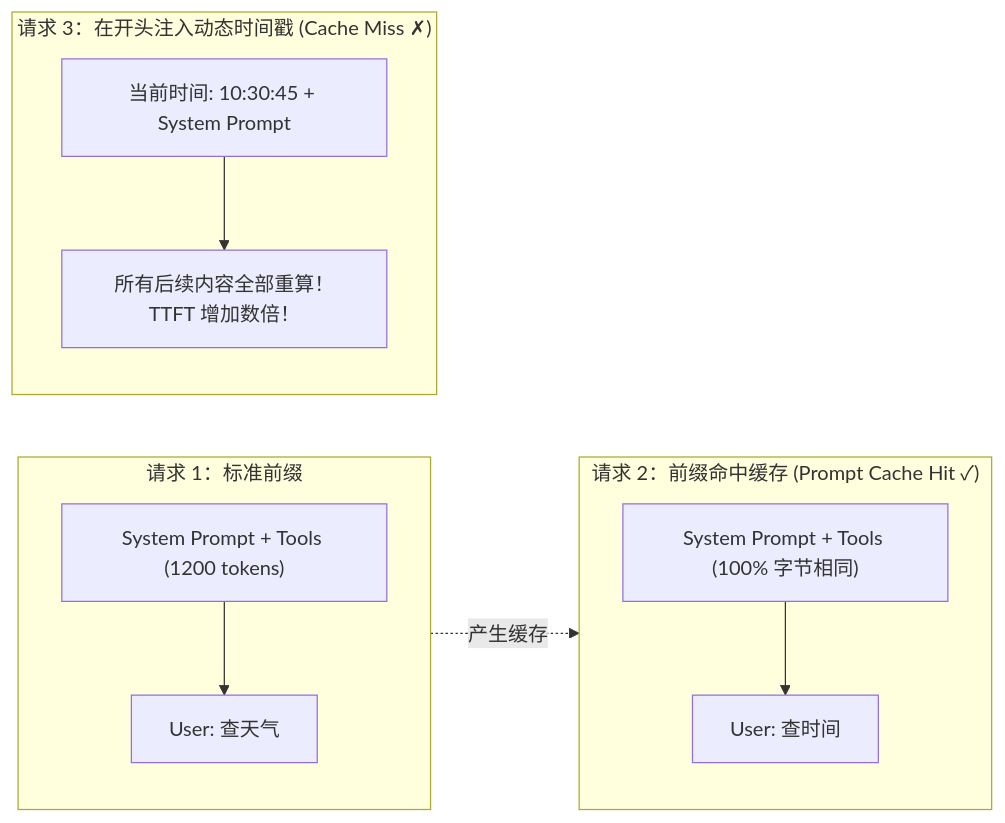
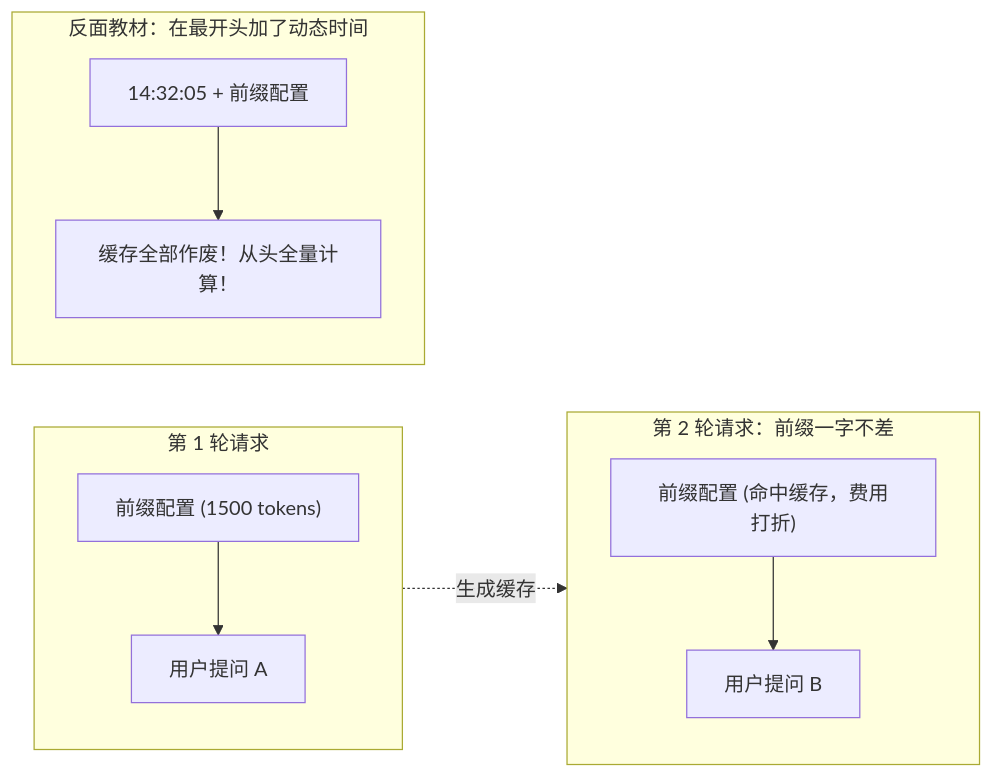
Before and after one commit to ljh12138164/ai-agent-study: the diagram in app/ch02-context/02-kv-cache-optimization/page.mdx, drawn with Mermaid. The commit also changed other lines of this file and 43 other files, not shown here.

````diff
--- a/app/ch02-context/02-kv-cache-optimization/page.mdx
+++ b/app/ch02-context/02-kv-cache-optimization/page.mdx
@@ -50,16 +16,16 @@
 ```mermaid
-graph LR
-    subgraph Request1["请求 1：标准前缀"]
-        SP1["System Prompt + Tools (1200 tokens)"] --> U1["User: 查天气"]
+flowchart LR
+    subgraph Req1["第 1 轮请求"]
+        P1["前缀配置 (1500 tokens)"] --> U1["用户提问 A"]
     end
 
-    subgraph Request2["请求 2：前缀命中缓存 (Prompt Cache Hit ✓)"]
-        SP2["System Prompt + Tools (100% 字节相同)"] --> U2["User: 查时间"]
+    subgraph Req2["第 2 轮请求：前缀一字不差"]
+        P2["前缀配置 (命中缓存，费用打折)"] --> U2["用户提问 B"]
     end
 
-    subgraph Request3["请求 3：在开头注入动态时间戳 (Cache Miss ✗)"]
-        Bad["当前时间: 10:30:45 + System Prompt"] --> U3["所有后续内容全部重算！TTFT 增加数倍！"]
+    subgraph Req3["反面教材：在最开头加了动态时间"]
+        P3["14:32:05 + 前缀配置"] --> U3["缓存全部作废！从头全量计算！"]
     end
 
-    Request1 -. 产生缓存 .-> Request2
+    Req1 -. 生成缓存 .-> Req2
 ```
````
